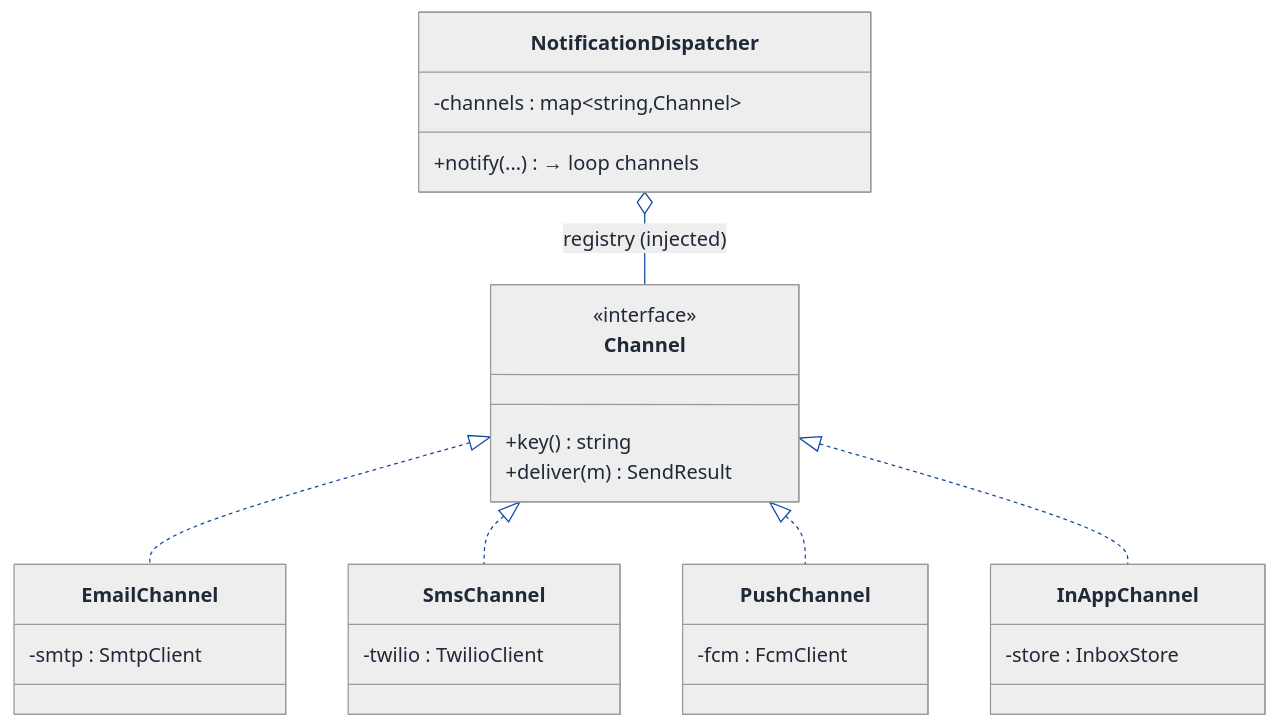
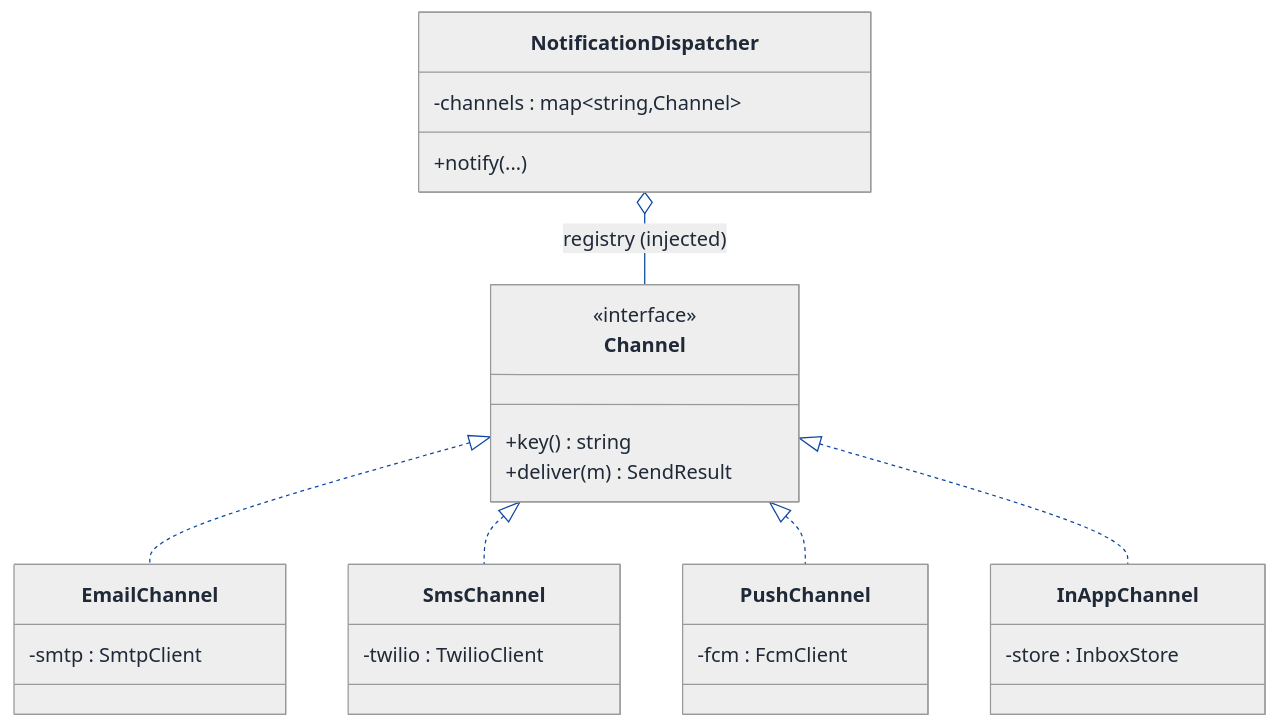
The second of 8 diagrams in LLD/Topics/Strategy_Pattern/Notification_Service.md (Prateek-5/question-bank), drawn with Mermaid before and after one commit. The commit also changed other lines of this file and 61 other files, not shown here.

First line of the commit message:
Fix invalid mermaid classDiagram member syntax across LLD walkthroughs

````diff
--- a/LLD/Topics/Strategy_Pattern/Notification_Service.md
+++ b/LLD/Topics/Strategy_Pattern/Notification_Service.md
@@ -401,62 +401,62 @@
 ```mermaid
 ---
 config:
   theme: neutral
   themeVariables:
     background: '#ffffff'
     primaryColor: '#cfe2ff'
     primaryTextColor: '#1f2937'
     primaryBorderColor: '#084298'
     secondaryColor: '#fff3cd'
     secondaryTextColor: '#1f2937'
     secondaryBorderColor: '#664d03'
     tertiaryColor: '#d1e7dd'
     tertiaryTextColor: '#1f2937'
     tertiaryBorderColor: '#0a3622'
     lineColor: '#0d47a1'
     textColor: '#1f2937'
     noteBkgColor: '#fff3cd'
     noteTextColor: '#1f2937'
     noteBorderColor: '#997404'
     actorBkg: '#cfe2ff'
     actorBorder: '#084298'
     actorTextColor: '#1f2937'
     signalColor: '#0d47a1'
     signalTextColor: '#1f2937'
     labelBoxBkgColor: '#ffffff'
     labelBoxBorderColor: '#d3d3d3'
     labelTextColor: '#1f2937'
     edgeLabelBackground: '#ffffff'
     labelBackground: '#ffffff'
     classText: '#1f2937'
     fontFamily: 'system-ui, -apple-system, Segoe UI, Helvetica, Arial, sans-serif'
 ---
 classDiagram
   direction TB
   class NotificationDispatcher {
     -channels : map~string,Channel~
-    +notify(...)  → loop channels
+    +notify(...)
   }
   class Channel {
     <<interface>>
     +key() string
     +deliver(m) SendResult
   }
   class EmailChannel {
     -smtp : SmtpClient
   }
   class SmsChannel {
     -twilio : TwilioClient
   }
   class PushChannel {
     -fcm : FcmClient
   }
   class InAppChannel {
     -store : InboxStore
   }
   NotificationDispatcher o-- Channel : registry (injected)
   Channel <|.. EmailChannel
   Channel <|.. SmsChannel
   Channel <|.. PushChannel
   Channel <|.. InAppChannel
 ```
````
